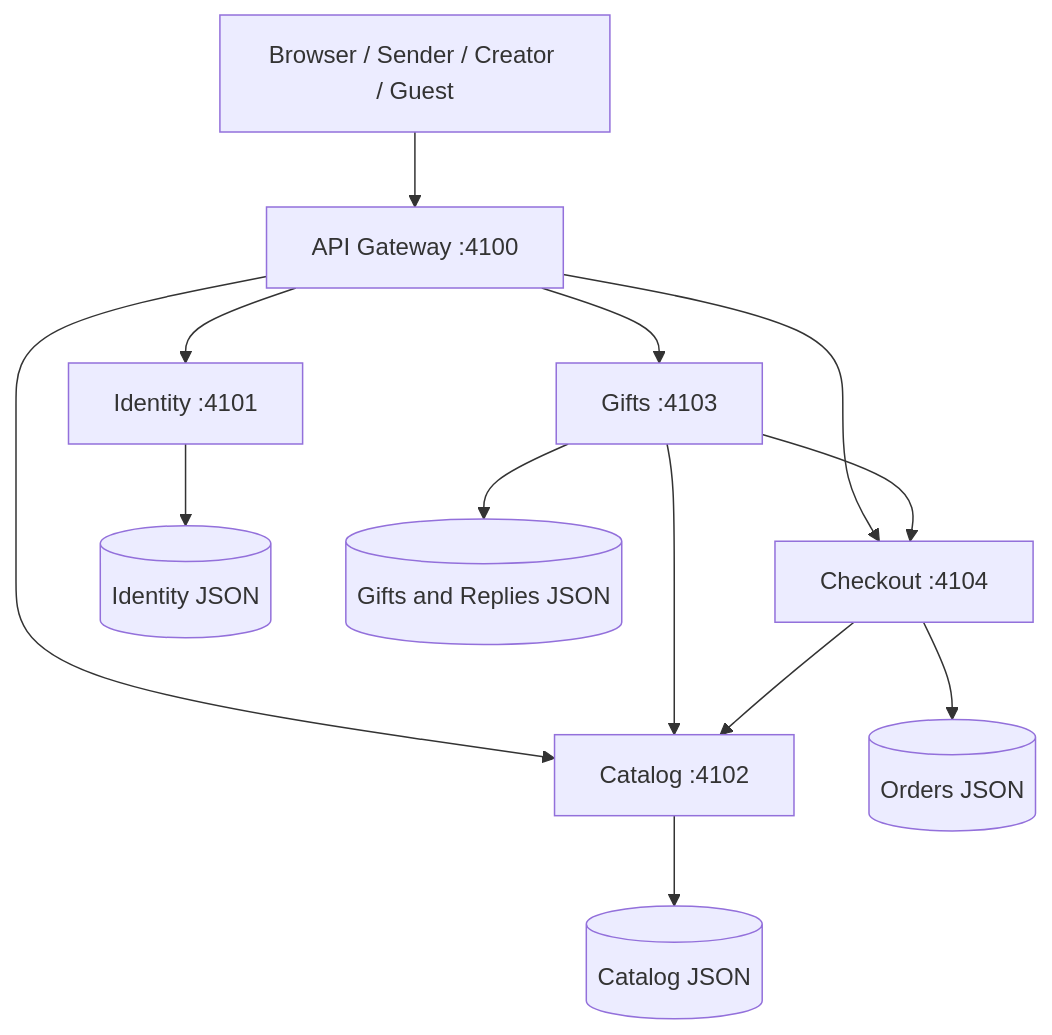
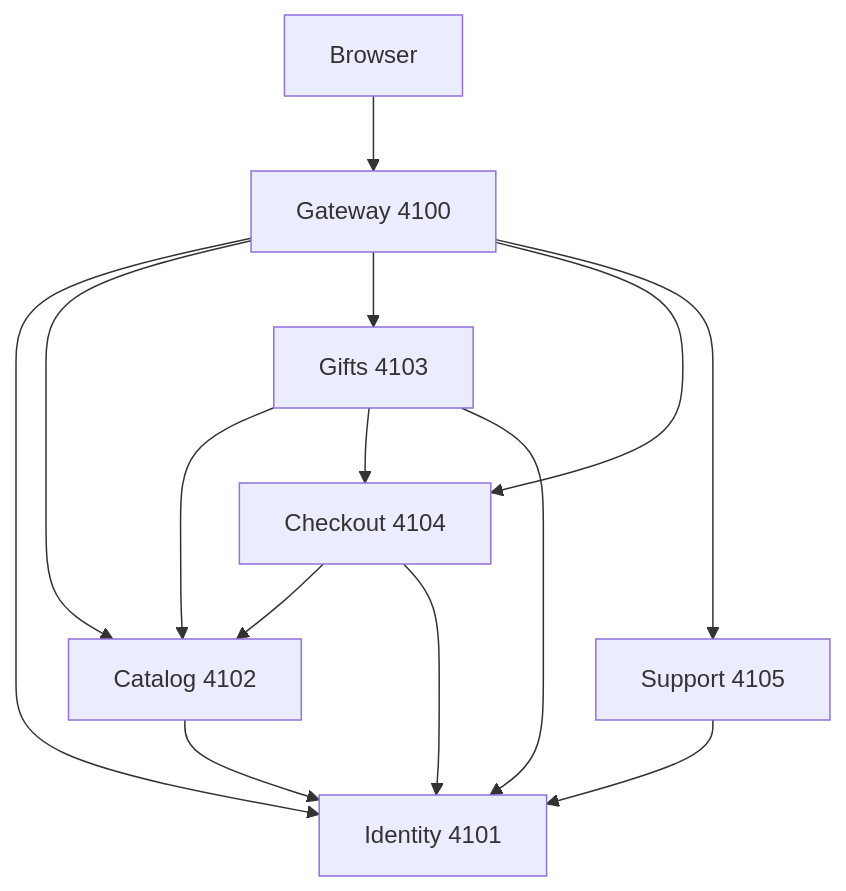
The diagram in docs/ARCHITECTURE.md (GNAUQ153/momevia), drawn with Mermaid before and after one commit. The commit also changed other lines of this file and 147 other files, not shown here.

````diff
--- a/docs/ARCHITECTURE.md
+++ b/docs/ARCHITECTURE.md
@@ -5,15 +7,16 @@
 ```mermaid
 flowchart TB
-    A["Browser / Sender / Creator / Guest"] --> G["API Gateway :4100"]
-    G --> I["Identity :4101"]
-    G --> C["Catalog :4102"]
-    G --> O["Checkout :4104"]
-    G --> F["Gifts :4103"]
-    F --> C
-    F --> O
-    O --> C
-    I --> DI[("Identity JSON")]
-    C --> DC[("Catalog JSON")]
-    O --> DO[("Orders JSON")]
-    F --> DF[("Gifts and Replies JSON")]
+    Browser[Browser] --> Gateway[Gateway 4100]
+    Gateway --> Identity[Identity 4101]
+    Gateway --> Catalog[Catalog 4102]
+    Gateway --> Gifts[Gifts 4103]
+    Gateway --> Checkout[Checkout 4104]
+    Gateway --> Support[Support 4105]
+    Gifts --> Catalog
+    Gifts --> Checkout
+    Checkout --> Catalog
+    Catalog --> Identity
+    Gifts --> Identity
+    Checkout --> Identity
+    Support --> Identity
 ```
````
